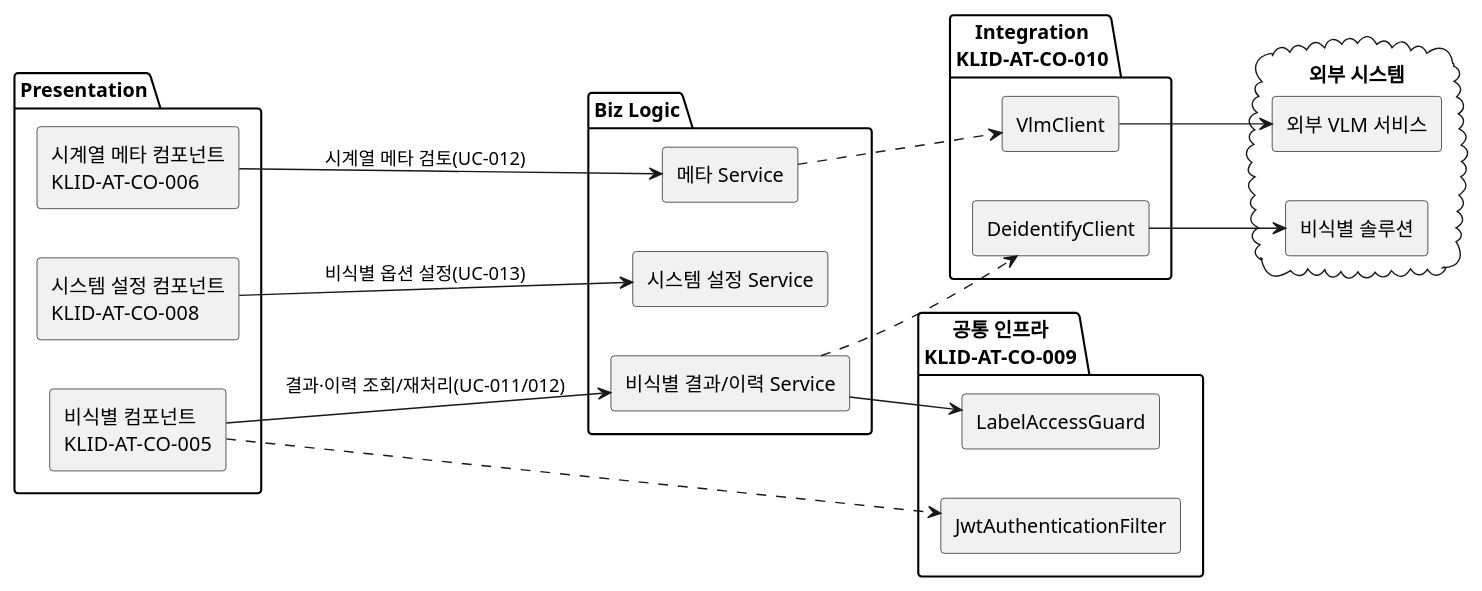
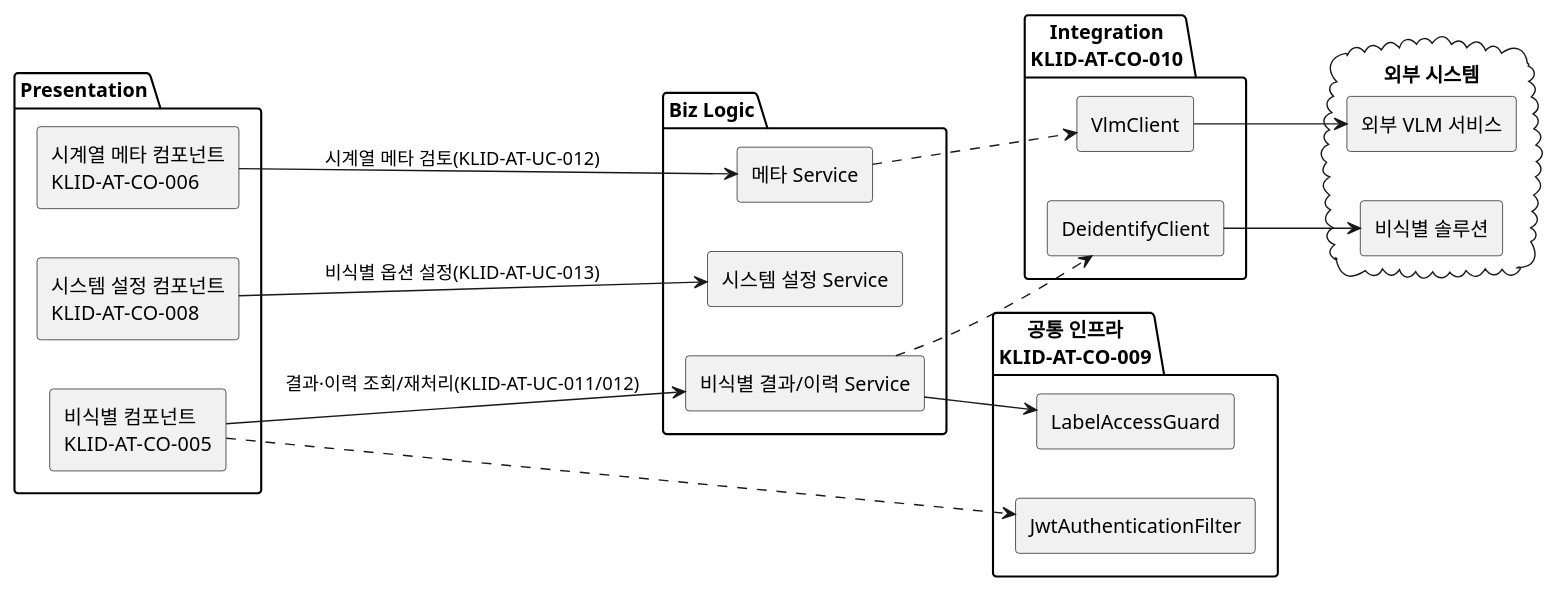
Before and after one commit to New-stella/klid-label: the fifth of 5 diagrams in docs/design/D3-컴포넌트설계서.md, drawn with PlantUML. The commit also changed other lines of this file and 17 other files, not shown here.

````diff
--- a/docs/design/D3-컴포넌트설계서.md
+++ b/docs/design/D3-컴포넌트설계서.md
@@ -186,37 +186,37 @@
 ```plantuml
 @startuml
 skinparam componentStyle rectangle
 left to right direction
 package "Presentation" {
   [비식별 컴포넌트\nKLID-AT-CO-005] as DEID
   [시계열 메타 컴포넌트\nKLID-AT-CO-006] as META
   [시스템 설정 컴포넌트\nKLID-AT-CO-008] as CFG
 }
 package "Biz Logic" {
   [비식별 결과/이력 Service] as DEIDS
   [메타 Service] as METAS
   [시스템 설정 Service] as CFGS
 }
 package "공통 인프라\nKLID-AT-CO-009" {
   [JwtAuthenticationFilter] as JWT
   [LabelAccessGuard] as GUARD
 }
 package "Integration\nKLID-AT-CO-010" {
   [DeidentifyClient] as DEIDC
   [VlmClient] as VLMC
 }
 cloud "외부 시스템" {
   [비식별 솔루션] as DEIDSRV
   [외부 VLM 서비스] as VLMSRV
 }
-DEID --> DEIDS : 결과·이력 조회/재처리(UC-011/012)
-META --> METAS : 시계열 메타 검토(UC-012)
-CFG --> CFGS : 비식별 옵션 설정(UC-013)
+DEID --> DEIDS : 결과·이력 조회/재처리(KLID-AT-UC-011/012)
+META --> METAS : 시계열 메타 검토(KLID-AT-UC-012)
+CFG --> CFGS : 비식별 옵션 설정(KLID-AT-UC-013)
 DEID ..> JWT
 DEIDS --> GUARD
 DEIDS ..> DEIDC
 DEIDC --> DEIDSRV
 METAS ..> VLMC
 VLMC --> VLMSRV
 @enduml
 ```
````
